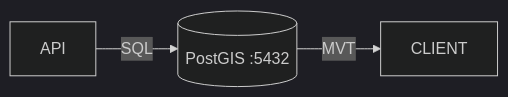
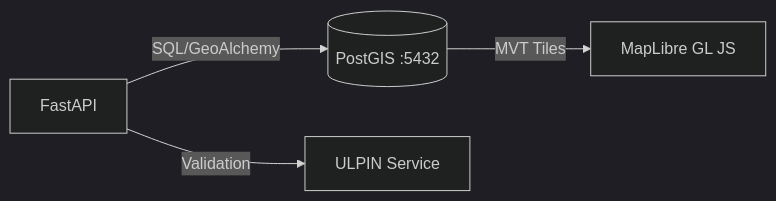
One commit to internetartsy/JK changed the diagram in documentation/Architecture_Stack/spatial_geo.md. Above: the diagram before and after it, drawn with Mermaid (dark theme). The commit also changed other lines of this file and 5 other files, not shown here.

Commit message:
docs: Update all 6 architecture stack documents with detailed logical flows and JSON schemas

````diff
--- a/documentation/Architecture_Stack/spatial_geo.md
+++ b/documentation/Architecture_Stack/spatial_geo.md
@@ -7,5 +9,6 @@
 ```mermaid
 graph LR
-    API -->|SQL| DB[(PostGIS :5432)]
-    DB -->|MVT| CLIENT
+    API[FastAPI] -->|SQL/GeoAlchemy| DB[(PostGIS :5432)]
+    DB -->|MVT Tiles| CLIENT[MapLibre GL JS]
+    API -->|Validation| ULPIN[ULPIN Service]
 ```
````
